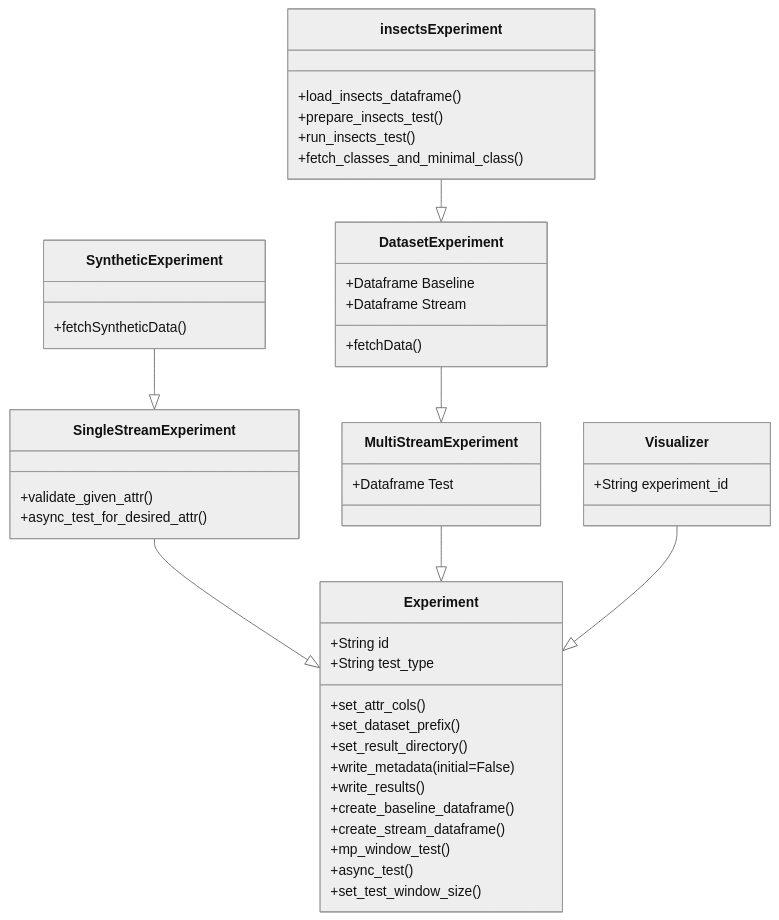
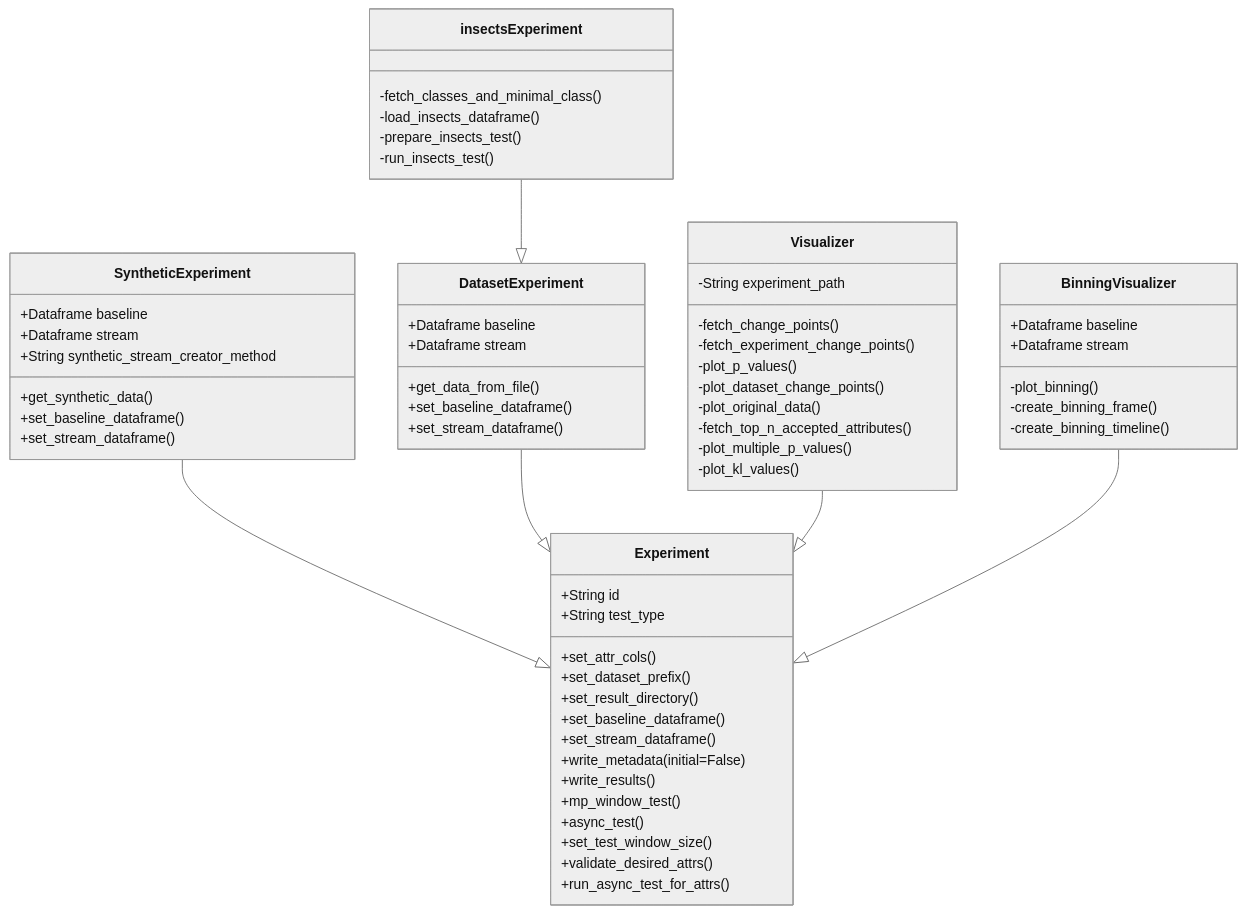
One commit to lucashelfs/drifts changed the second of 2 diagrams in dev/codes/README.md. Above: the diagram before and after it, drawn with Mermaid (neutral theme). The commit also changed other lines of this file, not shown here.

Commit message:
docs: simplify entities

````diff
--- a/dev/codes/README.md
+++ b/dev/codes/README.md
@@ -45,65 +63,84 @@
 ```mermaid
 classDiagram
-
 
 class Experiment{
     +String id
     +String test_type
 
     +set_attr_cols()
     +set_dataset_prefix()
     +set_result_directory()
+    +set_baseline_dataframe()
+    +set_stream_dataframe()
 
     +write_metadata(initial=False)
-    +write_results()
-    
-    +create_baseline_dataframe()
-    +create_stream_dataframe()
+    +write_results() 
     
     +mp_window_test()
     +async_test()
     +set_test_window_size()
-}
 
-class MultiStreamExperiment{
-    +Dataframe Test
-}
-
-class SingleStreamExperiment{
-    +validate_given_attr()
-    +async_test_for_desired_attr()
+    +validate_desired_attrs()
+    +run_async_test_for_attrs()
 }
 
 class DatasetExperiment{
-    +Dataframe Baseline
-    +Dataframe Stream
-    +fetchData()
+    +Dataframe baseline
+    +Dataframe stream
+
+    +get_data_from_file()
+    +set_baseline_dataframe()
+    +set_stream_dataframe()
+
 }
 
 class SyntheticExperiment{
-    +fetchSyntheticData()
+    +Dataframe baseline
+    +Dataframe stream
+    +String synthetic_stream_creator_method
+    
+    +get_synthetic_data()
+    +set_baseline_dataframe()
+    +set_stream_dataframe()
 }
 
 class insectsExperiment{
-    +load_insects_dataframe()
-    +prepare_insects_test()
-    +run_insects_test()
-    +fetch_classes_and_minimal_class()
+    -fetch_classes_and_minimal_class()
+    -load_insects_dataframe()
+    -prepare_insects_test()
+    -run_insects_test()
 }
 
 class Visualizer{
-    +String experiment_id
+    -String experiment_path
+
+    -fetch_change_points()
+    -fetch_experiment_change_points()
+    -plot_p_values()
+    -plot_dataset_change_points()
+    -plot_original_data()
+    -fetch_top_n_accepted_attributes()
+    -plot_multiple_p_values()
+    -plot_kl_values()
 }
 
-SyntheticExperiment --|> SingleStreamExperiment 
-SingleStreamExperiment --|> Experiment
+class BinningVisualizer{
+    +Dataframe baseline
+    +Dataframe stream
+
+    -plot_binning()
+    -create_binning_frame()
+    -create_binning_timeline()
+}
+
+
+SyntheticExperiment --|> Experiment
 
 insectsExperiment --|> DatasetExperiment
-DatasetExperiment --|> MultiStreamExperiment
-MultiStreamExperiment --|> Experiment
+DatasetExperiment --|> Experiment
 
 Visualizer --|> Experiment
-
+BinningVisualizer --|> Experiment
 
 
 ```
````
